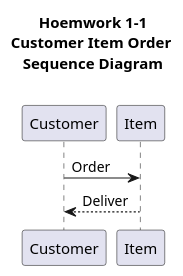
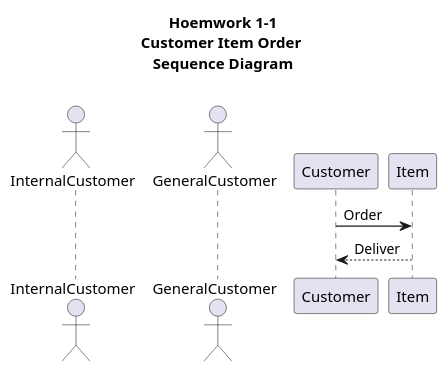
Before and after one commit to noeuli/ooad: the diagram in 07_sequence_diagram/hw1-1-state.wsd, drawn with PlantUML. The commit also changed 10 other files, not shown here.

```diff
--- a/07_sequence_diagram/hw1-1-state.wsd
+++ b/07_sequence_diagram/hw1-1-state.wsd
@@ -1,22 +1,25 @@
 @startuml
 skinparam classAttributeIconSize 0
 skinparam groupInheritance 2
 
 '7 Sequence Diagram
 'Homework 1-1
 'Sequence Diagram
 
 title 
 Hoemwork 1-1
 Customer Item Order 
 Sequence Diagram
 
 end title
 
+actor InternalCustomer
+actor GeneralCustomer
+
 participant Customer
 participant Item
 
 Customer -> Item : Order
 Customer <-- Item : Deliver
 
 @enduml
```
